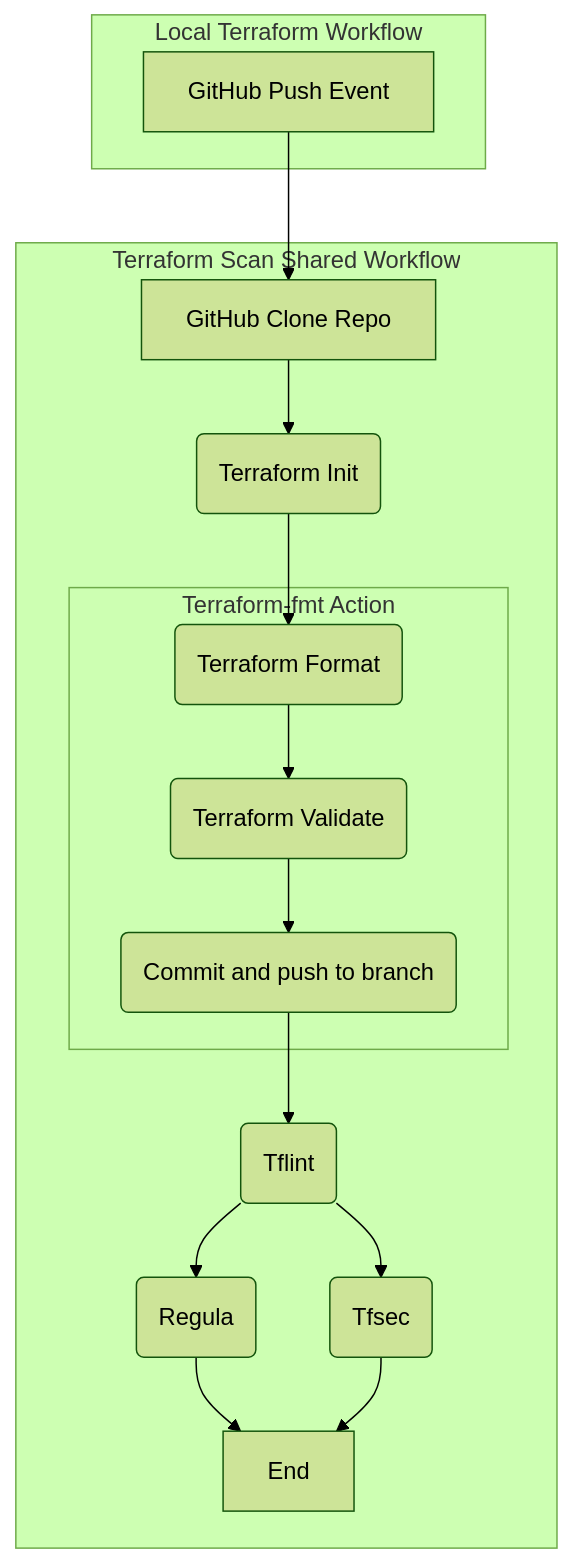
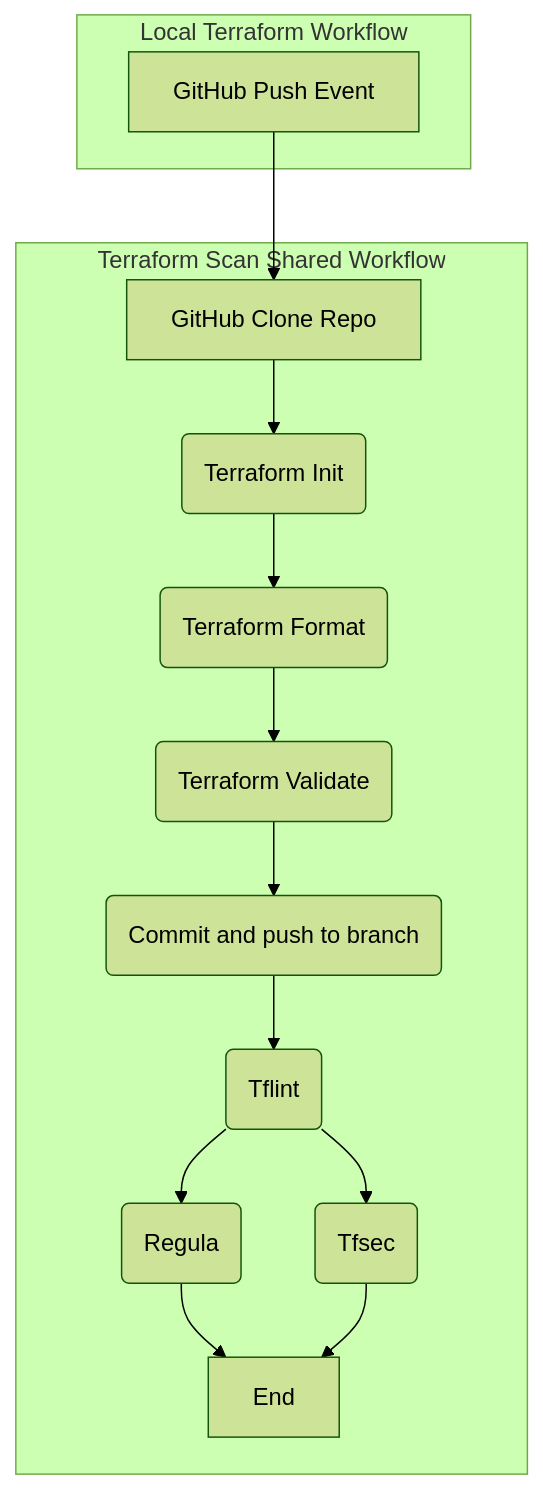
Before and after one commit to defenseunicorns/uds-common-workflows: the diagram in documents/terraform/lint-and-scan.md, drawn with Mermaid (forest theme).

Commit message:
edit documents to reflect the changes

````diff
--- a/documents/terraform/lint-and-scan.md
+++ b/documents/terraform/lint-and-scan.md
@@ -68,25 +68,23 @@
 ```mermaid
 flowchart TB
   subgraph "Local Terraform Workflow"
     push[GitHub Push Event]
   end
 
 
   subgraph "Terraform Scan Shared Workflow"
     push --> clone[GitHub Clone Repo]
     clone --> tfinit(Terraform Init)
 
-    subgraph "Terraform-fmt Action"
-      fmt(Terraform Format) --> validate(Terraform Validate)
-      validate --> inlinecommit(Commit and push to branch)
-    end
+    fmt(Terraform Format) --> validate(Terraform Validate)
+    validate --> inlinecommit(Commit and push to branch)
 
     tfinit --> fmt
     inlinecommit --> tflint
     tflint(Tflint) --> tfsec(Tfsec)
     tflint --> regula(Regula)
     regula --> End
     tfsec --> End
   end
 
 ```
````
